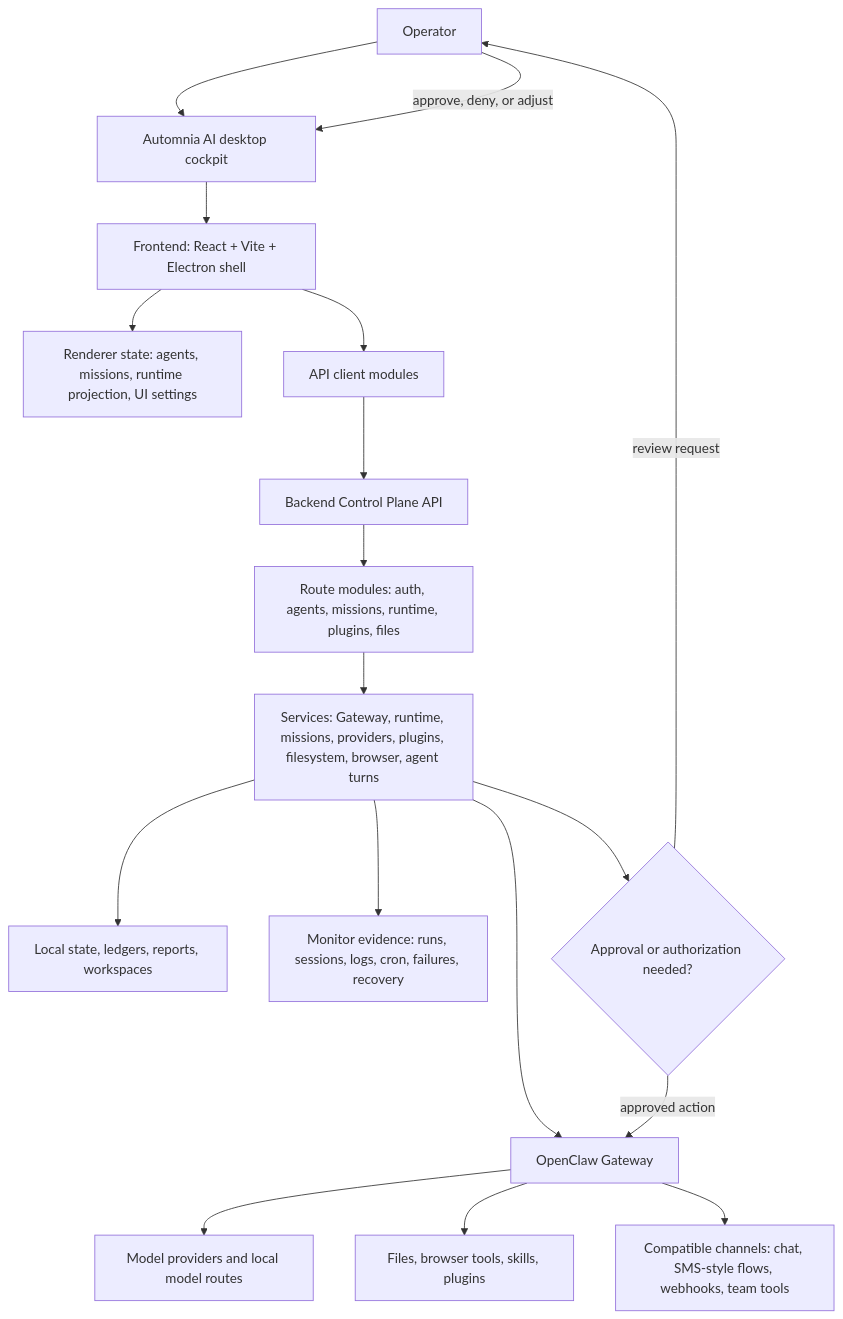
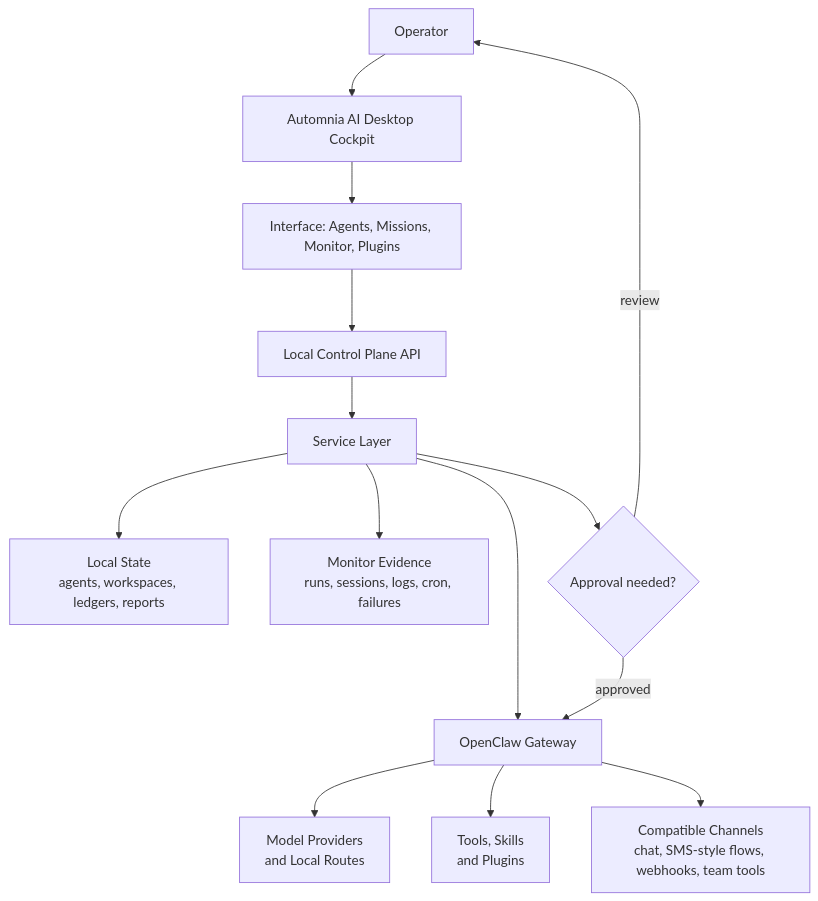
The diagram in README.md (hotboysupreme12-hash/Automnia-AI-Nexus), drawn with Mermaid before and after one commit. The commit also changed other lines of this file and 7 other files, not shown here.

````diff
--- a/README.md
+++ b/README.md
@@ -71,20 +103,19 @@
 ```mermaid
 flowchart TD
-    Operator[Operator] --> Desktop[Automnia AI desktop cockpit]
-    Desktop --> Renderer[Frontend: React + Vite + Electron shell]
-    Renderer --> Store[Renderer state: agents, missions, runtime projection, UI settings]
-    Renderer --> Api[API client modules]
-    Api --> Control[Backend Control Plane API]
-    Control --> Routes[Route modules: auth, agents, missions, runtime, plugins, files]
-    Routes --> Services[Services: Gateway, runtime, missions, providers, plugins, filesystem, browser, agent turns]
-    Services --> Ledger[Local state, ledgers, reports, workspaces]
-    Services --> Gateway[OpenClaw Gateway]
-    Gateway --> Models[Model providers and local model routes]
-    Gateway --> Tools[Files, browser tools, skills, plugins]
-    Gateway --> Channels[Compatible channels: chat, SMS-style flows, webhooks, team tools]
-    Services --> Monitor[Monitor evidence: runs, sessions, logs, cron, failures, recovery]
-    Services --> Approval{Approval or authorization needed?}
-    Approval -->|review request| Operator
-    Operator -->|approve, deny, or adjust| Desktop
-    Approval -->|approved action| Gateway
+    Operator[Operator] --> Cockpit[Automnia AI Desktop Cockpit]
+    Cockpit --> UI[Interface: Agents, Missions, Monitor, Plugins]
+    UI --> API[Local Control Plane API]
+    API --> Services[Service Layer]
+
+    Services --> State[Local State<br/>agents, workspaces, ledgers, reports]
+    Services --> Runtime[OpenClaw Gateway]
+    Services --> Monitor[Monitor Evidence<br/>runs, sessions, logs, cron, failures]
+    Services --> Approval{Approval needed?}
+
+    Runtime --> Models[Model Providers<br/>and Local Routes]
+    Runtime --> Tools[Tools, Skills<br/>and Plugins]
+    Runtime --> Channels[Compatible Channels<br/>chat, SMS-style flows, webhooks, team tools]
+
+    Approval -->|review| Operator
+    Approval -->|approved| Runtime
 ```
````
